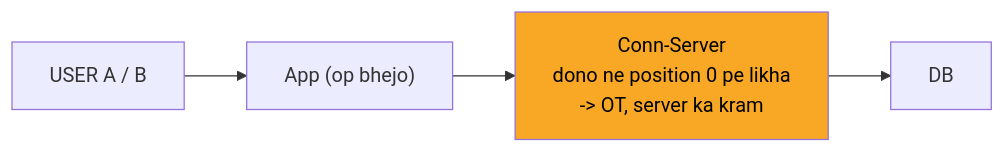
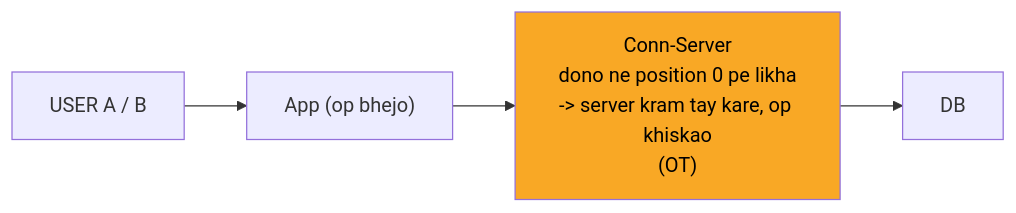
The fourth of 10 diagrams in 04_HLD/SYSTEM_DESIGNS/11_google_docs_collab/11_google_docs_collab.md (ArpanMaheshwari144/Prep), drawn with Mermaid before and after one commit. The commit also changed other lines of this file and 13 other files, not shown here.

````diff
--- a/04_HLD/SYSTEM_DESIGNS/11_google_docs_collab/11_google_docs_collab.md
+++ b/04_HLD/SYSTEM_DESIGNS/11_google_docs_collab/11_google_docs_collab.md
@@ -128,11 +128,11 @@
 ```mermaid
 flowchart LR
     n_USER["USER A / B"]
     n_App["App (op bhejo)"]
-    n_CS["Conn-Server<br/>dono ne position 0 pe likha<br/>-> OT, server ka kram"]
+    n_CS["Conn-Server<br/>dono ne position 0 pe likha<br/>-> server kram tay kare, op khiskao<br/>(OT)"]
     n_DB["DB"]
     n_USER --> n_App
     n_App --> n_CS
     n_CS --> n_DB
     style n_CS fill:#f9a825,color:#000
 ```
````
